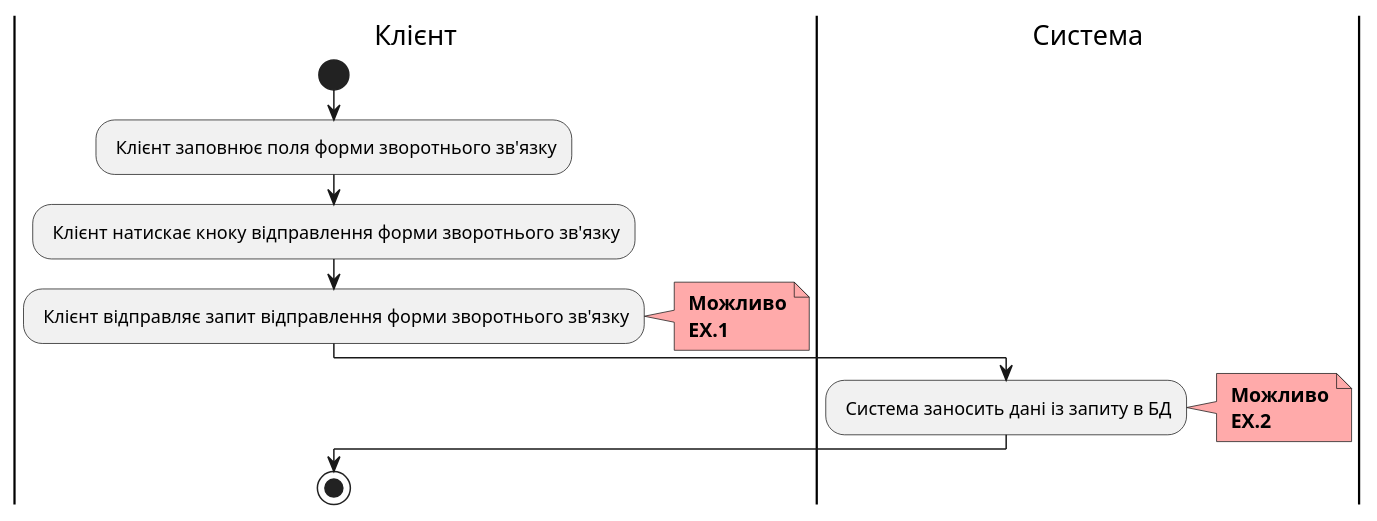
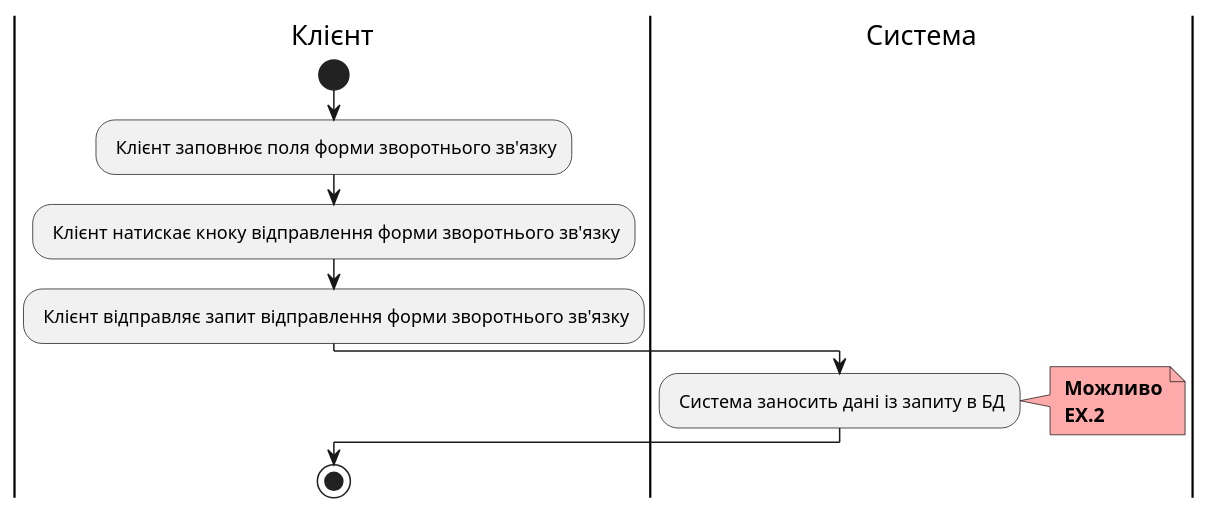
One commit to Pashhaa/media-content-analyze-system changed the fourth of 4 diagrams in docs/use cases/README.md. Above: the diagram before and after it, drawn with PlantUML. The commit also changed other lines of this file, not shown here.

```diff
--- a/docs/use cases/README.md
+++ b/docs/use cases/README.md
@@ -178,21 +153,17 @@
 @startuml
         
     |Клієнт|
         start
         : Клієнт заповнює поля форми зворотнього зв'язку;
         : Клієнт натискає кноку відправлення форми зворотнього зв'язку;
         : Клієнт відправляє запит відправлення форми зворотнього зв'язку;
-        note right #ffaaaa
-        <b> Можливо
-        <b> EX.1
-        end note
     |Система|
         : Система заносить дані із запиту в БД;   
         note right #ffaaaa
         <b> Можливо
         <b> EX.2
         end note
     |Клієнт|
         stop;
 
 @enduml
```
